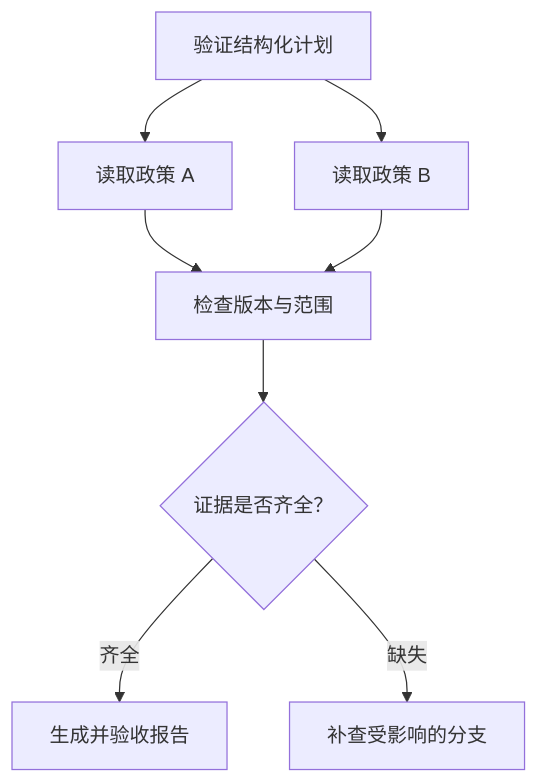
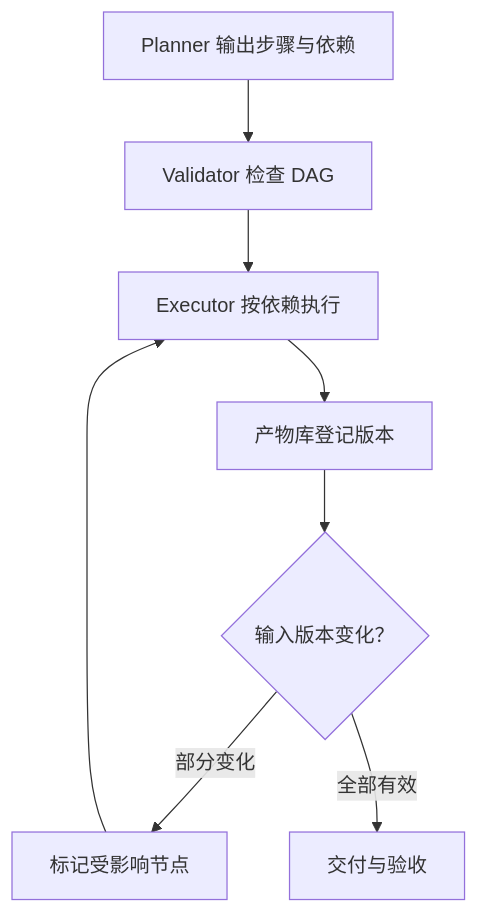
The diagram in _posts/2026-11-19-agent-deep-dive-plan-execute.md (xinfengwang/xinfengwang.github.io), drawn with Mermaid before and after one commit. The commit also changed other lines of this file and 19 other files, not shown here.

````diff
--- a/_posts/2026-11-19-agent-deep-dive-plan-execute.md
+++ b/_posts/2026-11-19-agent-deep-dive-plan-execute.md
@@ -25,10 +45,10 @@
 ```mermaid
 flowchart TB
-  A["验证结构化计划"] --> B["读取政策 A"]
-  A --> C["读取政策 B"]
-  B --> D["检查版本与范围"]
-  C --> D
-  D --> E{"证据是否齐全？"}
-  E -->|齐全| F["生成并验收报告"]
-  E -->|缺失| G["补查受影响的分支"]
+  A["Planner 输出步骤与依赖"] --> B["Validator 检查 DAG"]
+  B --> C["Executor 按依赖执行"]
+  C --> D["产物库登记版本"]
+  D --> E{"输入版本变化？"}
+  E -->|部分变化| F["标记受影响节点"]
+  F --> C
+  E -->|全部有效| G["交付与验收"]
 ```
````
